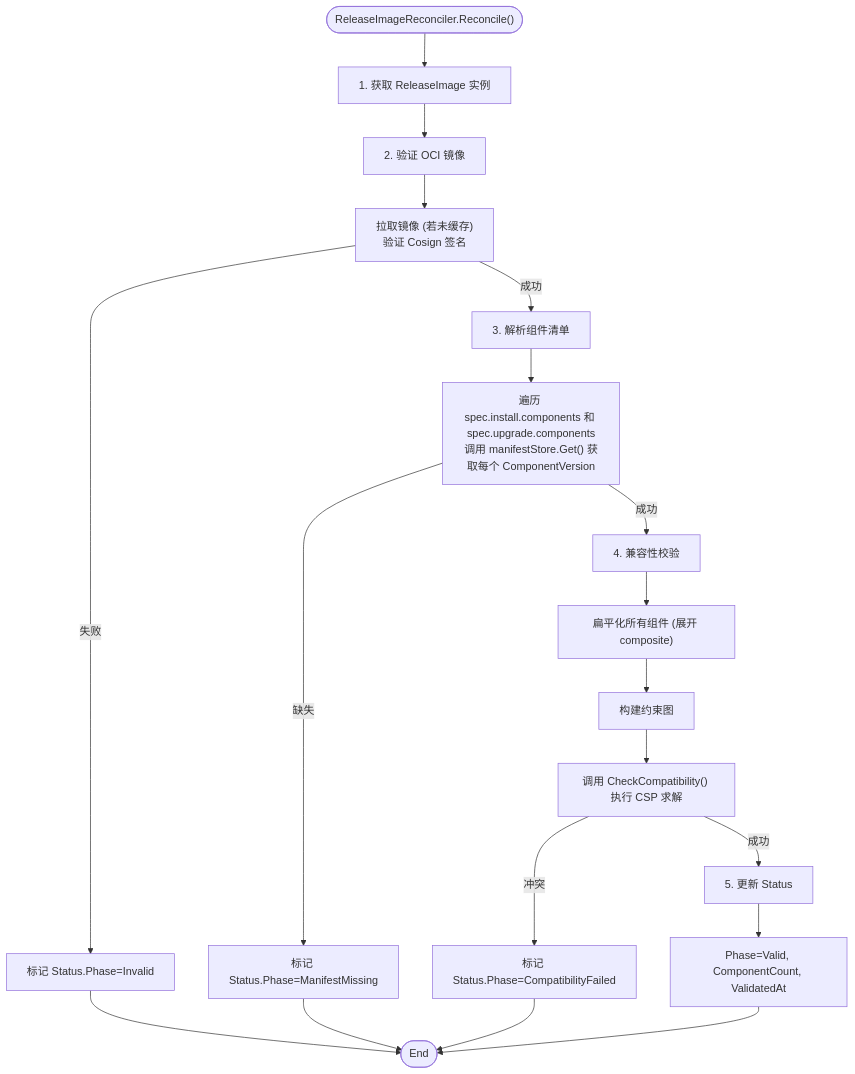
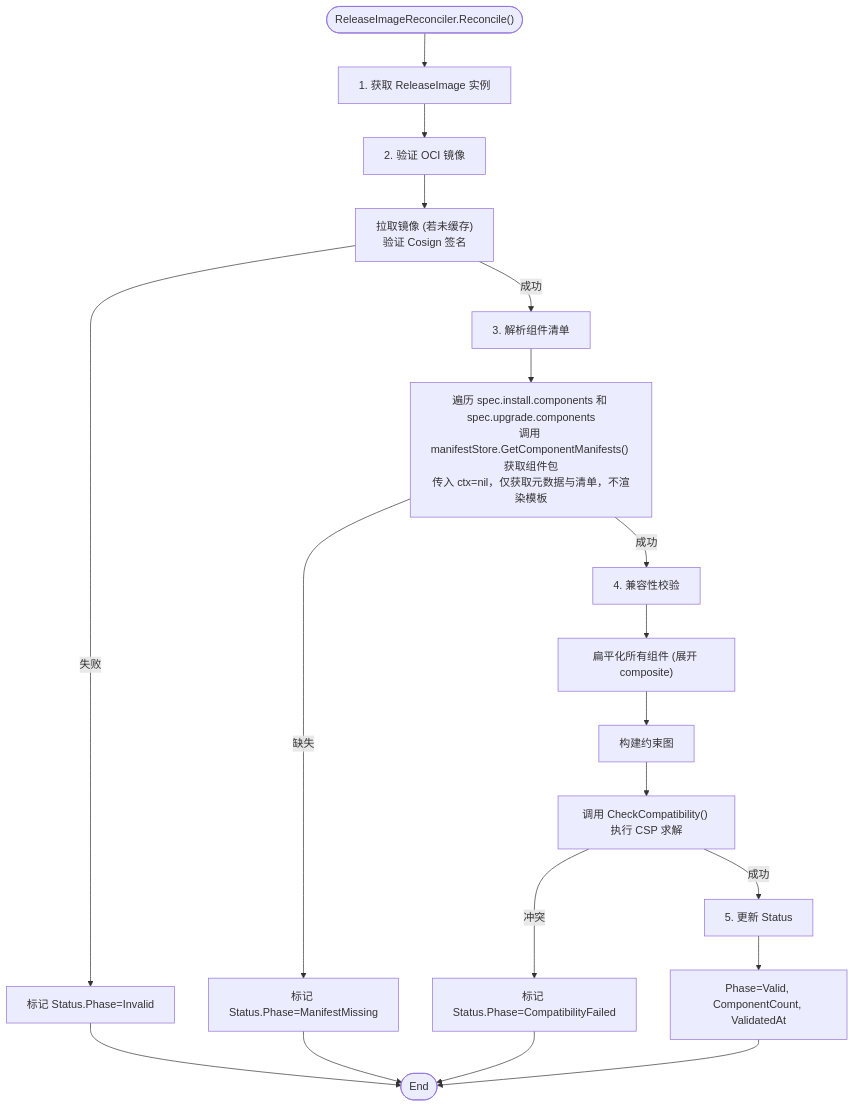
One commit to javadoors/cluster-api-provider-bke changed the eighth of 13 diagrams in code/kep/kep5/kep5-2.md. Above: the diagram before and after it, drawn with Mermaid. The commit also changed other lines of this file and 2 other files, not shown here.

````diff
--- a/code/kep/kep5/kep5-2.md
+++ b/code/kep/kep5/kep5-2.md
@@ -1489,26 +1489,26 @@
 ```mermaid
 flowchart TD
     Start(["ReleaseImageReconciler.Reconcile()"]) --> Step1["1. 获取 ReleaseImage 实例"]
     Step1 --> Step2["2. 验证 OCI 镜像"]
     
     Step2 --> PullVerify["拉取镜像 (若未缓存)<br/>验证 Cosign 签名"]
     PullVerify -->|失败| Invalid["标记 Status.Phase=Invalid"]
     
     PullVerify -->|成功| Step3["3. 解析组件清单"]
-    Step3 --> ParseComponents["遍历 spec.install.components 和 spec.upgrade.components<br/>调用 manifestStore.Get() 获取每个 ComponentVersion"]
+    Step3 --> ParseComponents["遍历 spec.install.components 和 spec.upgrade.components<br/>调用 manifestStore.GetComponentManifests() 获取组件包<br/>传入 ctx=nil，仅获取元数据与清单，不渲染模板"]
     ParseComponents -->|缺失| Missing["标记 Status.Phase=ManifestMissing"]
     
     ParseComponents -->|成功| Step4["4. 兼容性校验"]
     Step4 --> Flatten["扁平化所有组件 (展开 composite)"]
     Flatten --> BuildGraph["构建约束图"]
     BuildGraph --> CSP["调用 CheckCompatibility() 执行 CSP 求解"]
     CSP -->|冲突| CompatFail["标记 Status.Phase=CompatibilityFailed"]
     
     CSP -->|成功| Step5["5. 更新 Status"]
     Step5 --> UpdateStatus["Phase=Valid, ComponentCount, ValidatedAt"]
     
     Invalid --> End(["End"])
     Missing --> End
     CompatFail --> End
     UpdateStatus --> End
 ```
````
